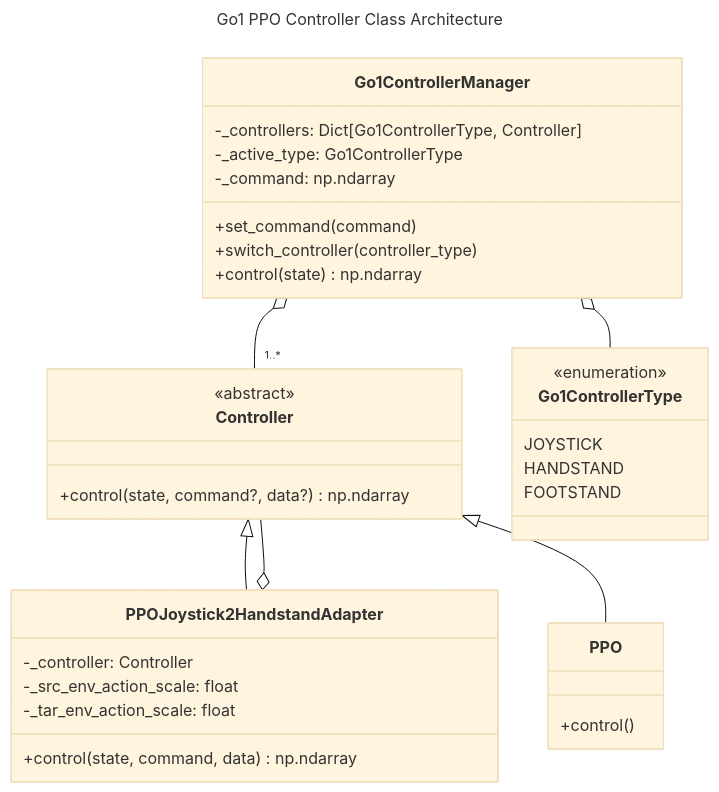
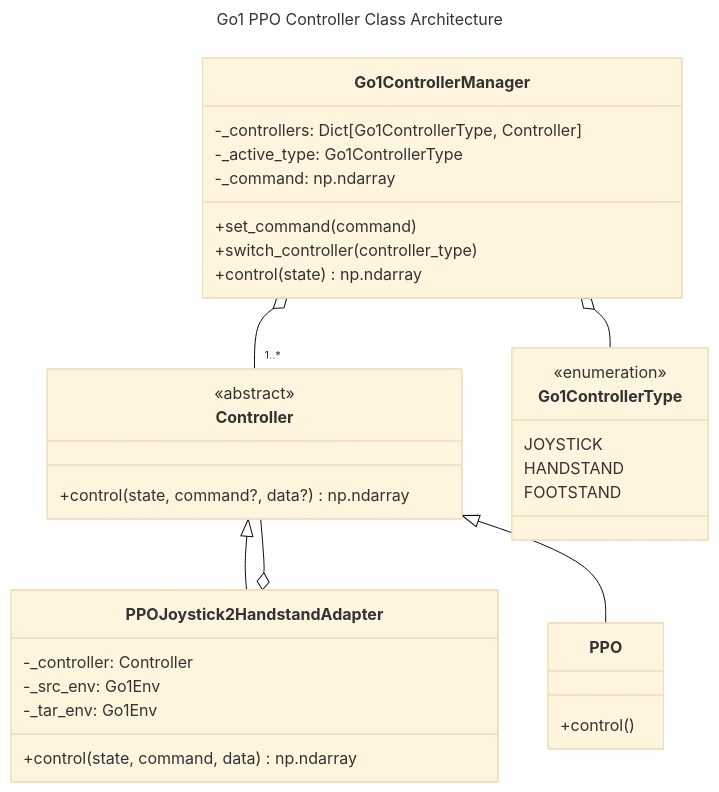
Before and after one commit to shaoanlu/control_system_project_template: the diagram in examples/mujoco_Go1/README.md, drawn with Mermaid (base theme).

````diff
--- a/examples/mujoco_Go1/README.md
+++ b/examples/mujoco_Go1/README.md
@@ -30,43 +30,43 @@
 ```mermaid
 ---
 title: Go1 PPO Controller Class Architecture
 ---
 classDiagram
     class Controller {
         <<abstract>>
         +control(state, command?, data?) np.ndarray
     }
 
     class Go1ControllerType {
         <<enumeration>>
         JOYSTICK
         HANDSTAND
         FOOTSTAND
     }
 
     class PPOJoystick2HandstandAdapter {
         -_controller: Controller
-        -_src_env_action_scale: float
-        -_tar_env_action_scale: float
+        -_src_env: Go1Env
+        -_tar_env: Go1Env
         +control(state, command, data) np.ndarray
     }
 
     class Go1ControllerManager {
         -_controllers: Dict[Go1ControllerType, Controller]
         -_active_type: Go1ControllerType
         -_command: np.ndarray
         +set_command(command)
         +switch_controller(controller_type)
         +control(state) np.ndarray
     }
 
     class PPO {
         +control()
     }
 
     Controller <|-- PPOJoystick2HandstandAdapter
     Controller <|-- PPO
     PPOJoystick2HandstandAdapter o-- Controller
     Go1ControllerManager o-- "1..*" Controller
     Go1ControllerManager o-- Go1ControllerType
 ```
````
